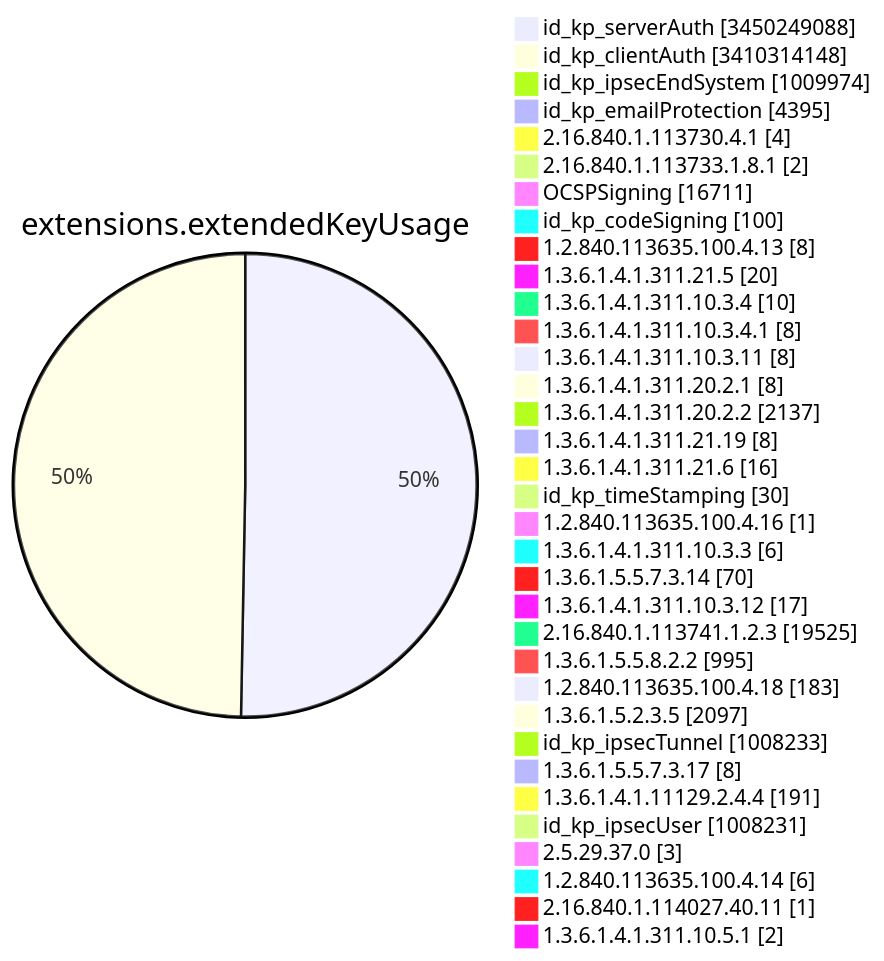
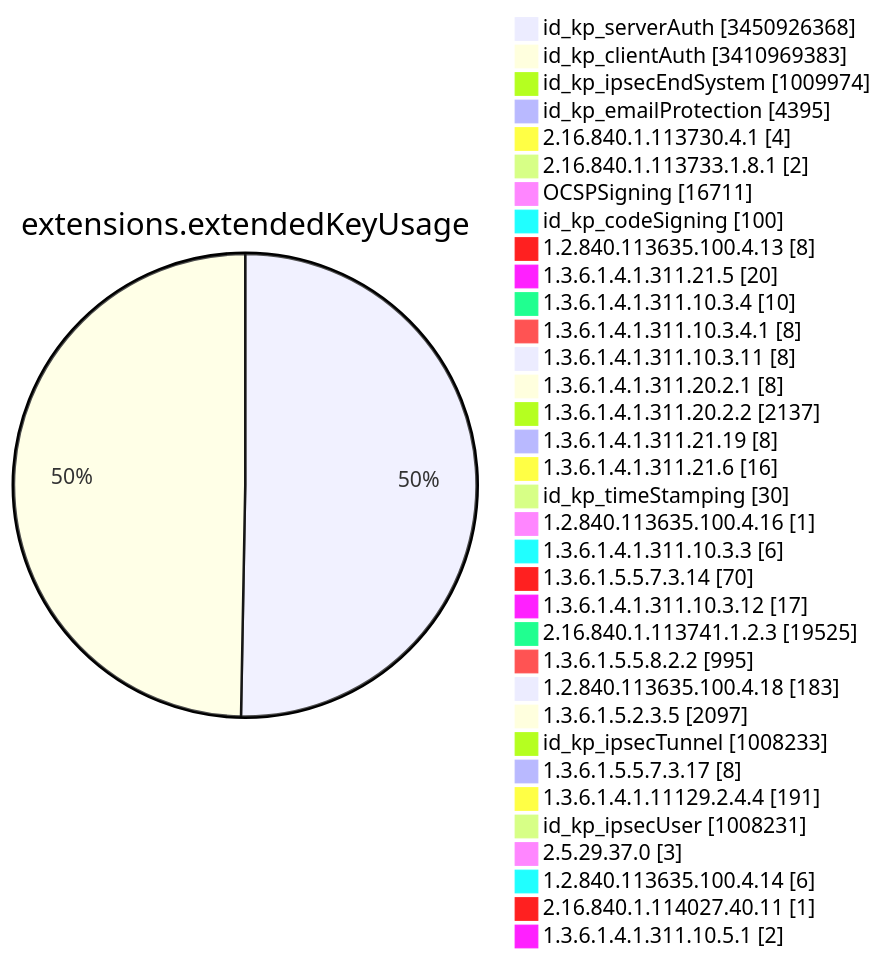
Diagram 11 of 15 in TOTAL/README.md (christiankrug/ctmonitor_visualization), drawn with Mermaid before and after one commit. The commit also changed other lines of this file, not shown here.

````diff
--- a/TOTAL/README.md
+++ b/TOTAL/README.md
@@ -4123,38 +4123,38 @@
 ```mermaid
 pie showData
 title extensions.extendedKeyUsage
-"id_kp_serverAuth" :3450249088
-"id_kp_clientAuth" :3410314148
+"id_kp_serverAuth" :3450926368
+"id_kp_clientAuth" :3410969383
 "id_kp_ipsecEndSystem" :1009974
 "id_kp_emailProtection" :4395
 "2.16.840.1.113730.4.1" :4
 "2.16.840.1.113733.1.8.1" :2
 "OCSPSigning" :16711
 "id_kp_codeSigning" :100
 "1.2.840.113635.100.4.13" :8
 "1.3.6.1.4.1.311.21.5" :20
 "1.3.6.1.4.1.311.10.3.4" :10
 "1.3.6.1.4.1.311.10.3.4.1" :8
 "1.3.6.1.4.1.311.10.3.11" :8
 "1.3.6.1.4.1.311.20.2.1" :8
 "1.3.6.1.4.1.311.20.2.2" :2137
 "1.3.6.1.4.1.311.21.19" :8
 "1.3.6.1.4.1.311.21.6" :16
 "id_kp_timeStamping" :30
 "1.2.840.113635.100.4.16" :1
 "1.3.6.1.4.1.311.10.3.3" :6
 "1.3.6.1.5.5.7.3.14" :70
 "1.3.6.1.4.1.311.10.3.12" :17
 "2.16.840.1.113741.1.2.3" :19525
 "1.3.6.1.5.5.8.2.2" :995
 "1.2.840.113635.100.4.18" :183
 "1.3.6.1.5.2.3.5" :2097
 "id_kp_ipsecTunnel" :1008233
 "1.3.6.1.5.5.7.3.17" :8
 "1.3.6.1.4.1.11129.2.4.4" :191
 "id_kp_ipsecUser" :1008231
 "2.5.29.37.0" :3
 "1.2.840.113635.100.4.14" :6
 "2.16.840.1.114027.40.11" :1
 "1.3.6.1.4.1.311.10.5.1" :2
 ```
````
